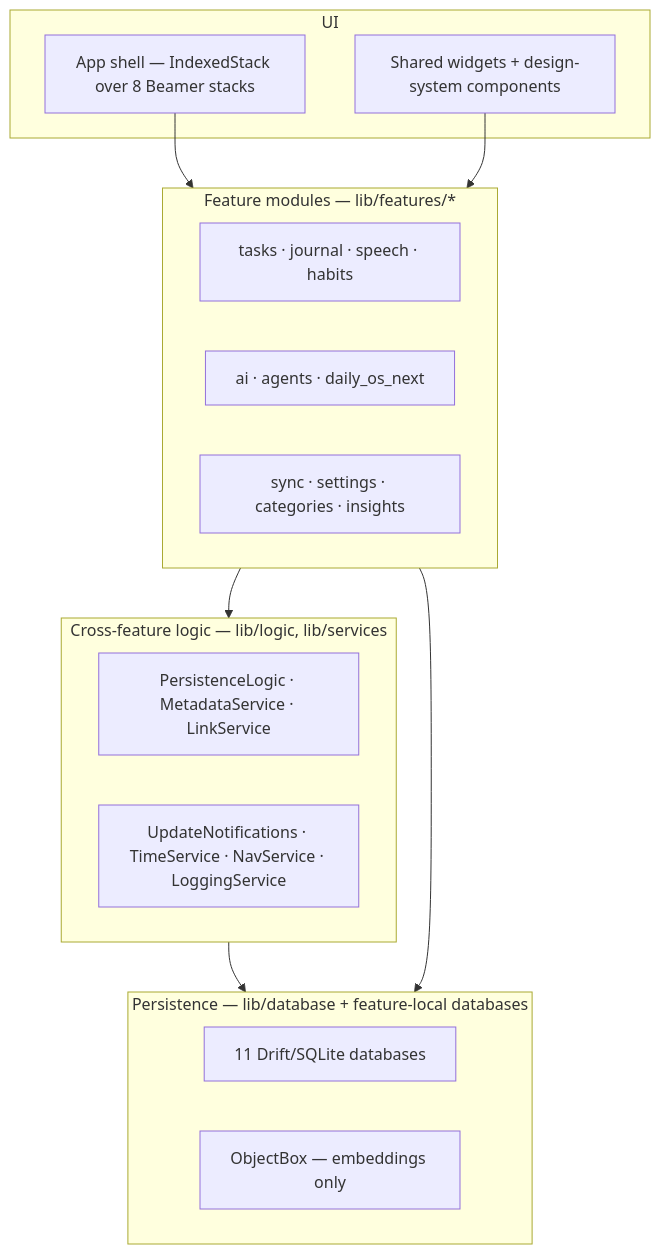
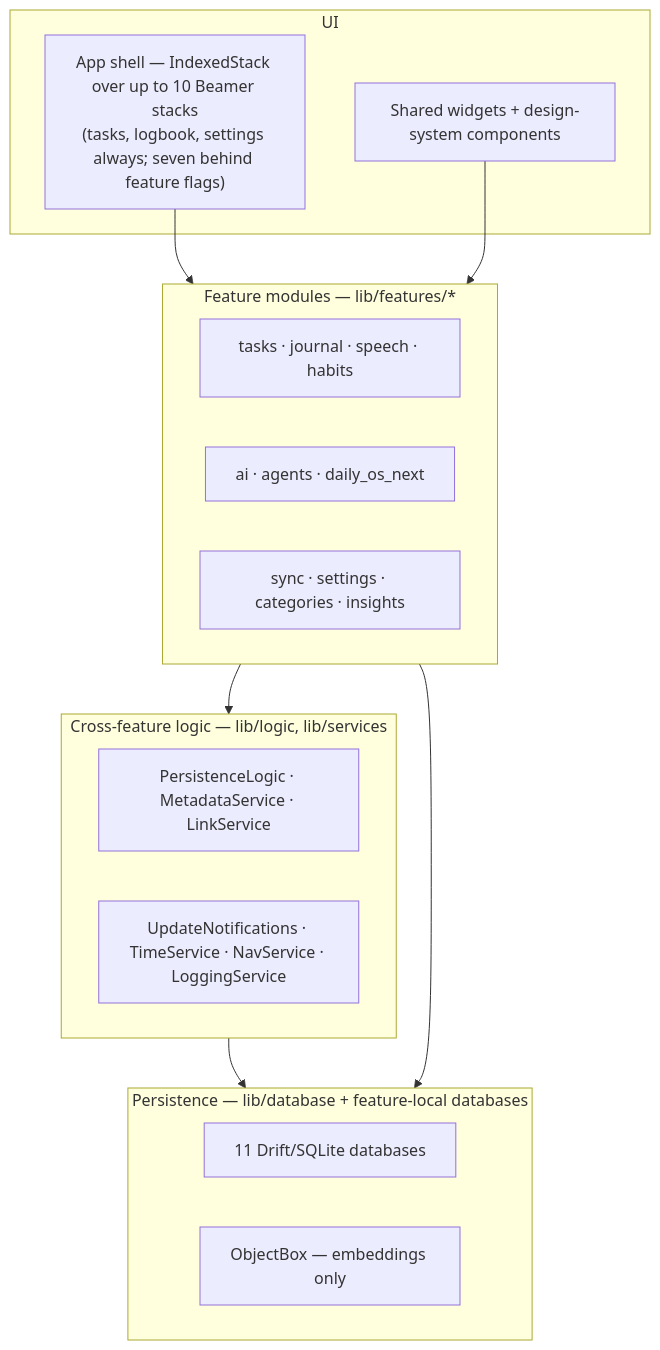
Before and after one commit to matthiasn/lotti: the diagram in knowledge/architecture/overview.md, drawn with Mermaid. The commit also changed 15 other files, not shown here.

````diff
--- a/knowledge/architecture/overview.md
+++ b/knowledge/architecture/overview.md
@@ -46,25 +46,25 @@
 ```mermaid
 flowchart TD
   subgraph UI["UI"]
-    Shell["App shell — IndexedStack over 8 Beamer stacks"]
+    Shell["App shell — IndexedStack over up to 10 Beamer stacks<br/>(tasks, logbook, settings always; seven behind feature flags)"]
     Widgets["Shared widgets + design-system components"]
   end
   subgraph Features["Feature modules — lib/features/*"]
     F1["tasks · journal · speech · habits"]
     F2["ai · agents · daily_os_next"]
     F3["sync · settings · categories · insights"]
   end
   subgraph Logic["Cross-feature logic — lib/logic, lib/services"]
     Persist["PersistenceLogic · MetadataService · LinkService"]
     Svc["UpdateNotifications · TimeService · NavService · LoggingService"]
   end
   subgraph Data["Persistence — lib/database + feature-local databases"]
     Dbs["11 Drift/SQLite databases"]
     OB["ObjectBox — embeddings only"]
   end
   Shell --> Features
   Widgets --> Features
   Features --> Logic
   Logic --> Data
   Features --> Data
 ```
````
